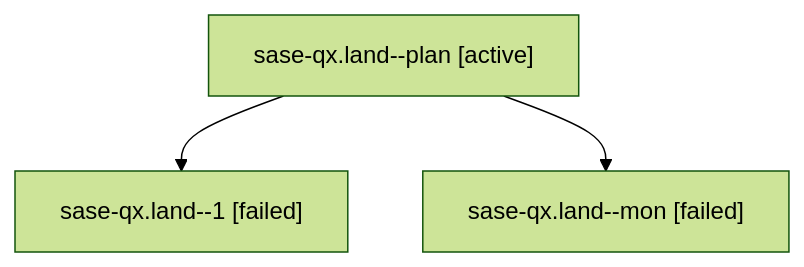
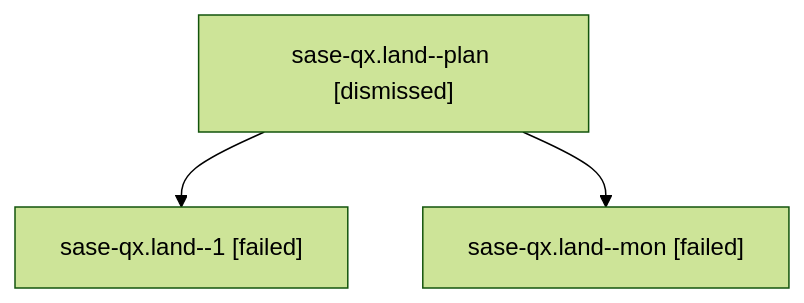
Before and after one commit to sase-org/sase--agents: the diagram in sessions/bbugyi200.athena.sase-qx.land.md, drawn with Mermaid (forest theme). The commit also changed other lines of this file and 150 other files, not shown here.

````diff
--- a/sessions/bbugyi200.athena.sase-qx.land.md
+++ b/sessions/bbugyi200.athena.sase-qx.land.md
@@ -9,8 +9,8 @@
 ```mermaid
 flowchart TD
-  n0["sase-qx.land--plan [active]"]
+  n0["sase-qx.land--plan [dismissed]"]
   n1["sase-qx.land--1 [failed]"]
   n0 --> n1
   n2["sase-qx.land--mon [failed]"]
   n0 --> n2
 ```
````
